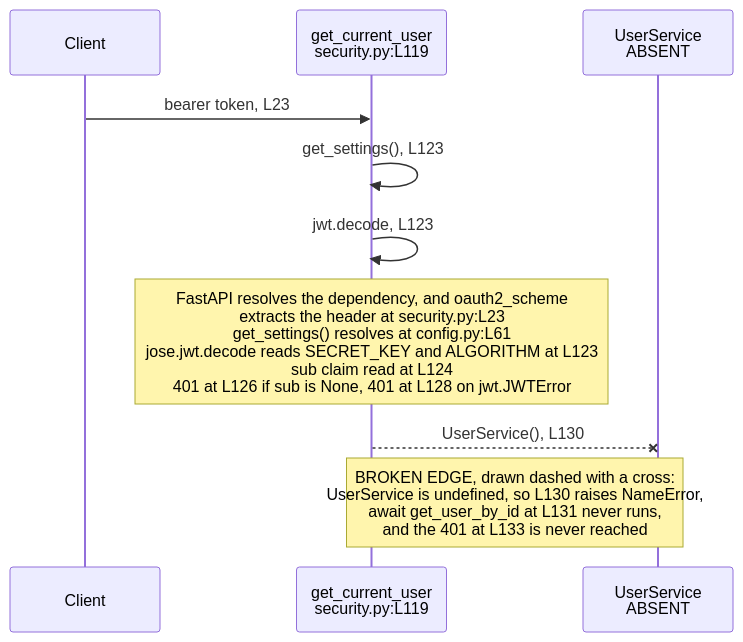
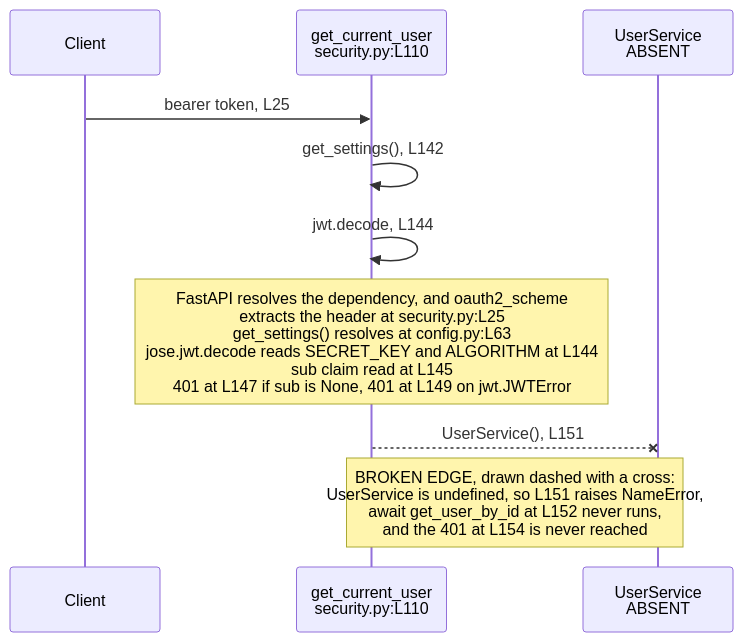
One commit to blitzy-public-samples/microsoft-word-u33ko0 changed the diagram in backend/app/core/README.md. Above: the diagram before and after it, drawn with Mermaid. The commit also changed other lines of this file and 47 other files, not shown here.

````diff
--- a/backend/app/core/README.md
+++ b/backend/app/core/README.md
@@ -189,15 +189,15 @@
 ```mermaid
 sequenceDiagram
     accTitle: The dependency chain from the bearer scheme to the absent UserService
     accDescr: A request carries a bearer token into get_current_user, which reads settings, decodes the token and then constructs UserService. UserService is undefined, so the chain raises NameError before it can return a user or reach its 401.
     participant C as Client
-    participant GCU as get_current_user<br/>security.py:L119
+    participant GCU as get_current_user<br/>security.py:L110
     participant US as UserService<br/>ABSENT
 
-    C->>GCU: bearer token, L23
-    GCU->>GCU: get_settings(), L123
-    GCU->>GCU: jwt.decode, L123
-    Note over GCU: FastAPI resolves the dependency, and oauth2_scheme<br/>extracts the header at security.py:L23<br/>get_settings() resolves at config.py:L61<br/>jose.jwt.decode reads SECRET_KEY and ALGORITHM at L123<br/>sub claim read at L124<br/>401 at L126 if sub is None, 401 at L128 on jwt.JWTError
-    GCU--xUS: UserService(), L130
-    Note over GCU,US: BROKEN EDGE, drawn dashed with a cross:<br/>UserService is undefined, so L130 raises NameError,<br/>await get_user_by_id at L131 never runs,<br/>and the 401 at L133 is never reached
+    C->>GCU: bearer token, L25
+    GCU->>GCU: get_settings(), L142
+    GCU->>GCU: jwt.decode, L144
+    Note over GCU: FastAPI resolves the dependency, and oauth2_scheme<br/>extracts the header at security.py:L25<br/>get_settings() resolves at config.py:L63<br/>jose.jwt.decode reads SECRET_KEY and ALGORITHM at L144<br/>sub claim read at L145<br/>401 at L147 if sub is None, 401 at L149 on jwt.JWTError
+    GCU--xUS: UserService(), L151
+    Note over GCU,US: BROKEN EDGE, drawn dashed with a cross:<br/>UserService is undefined, so L151 raises NameError,<br/>await get_user_by_id at L152 never runs,<br/>and the 401 at L154 is never reached
 ```
````
